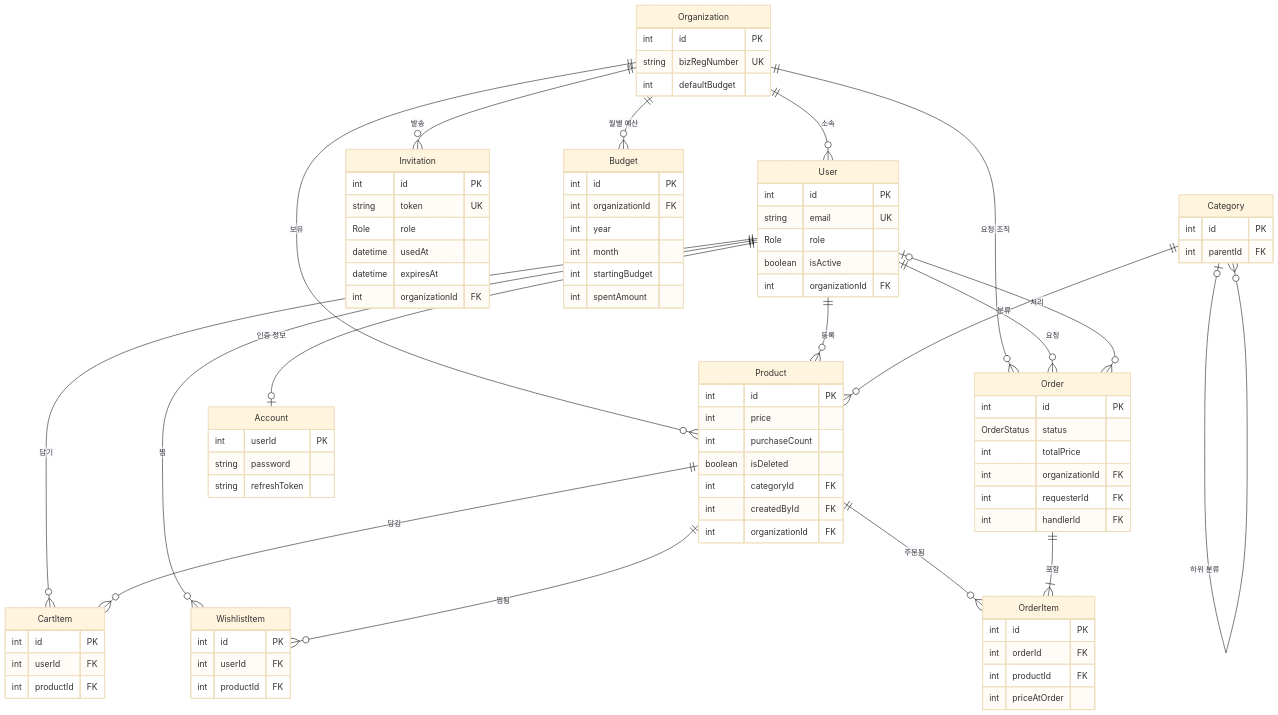
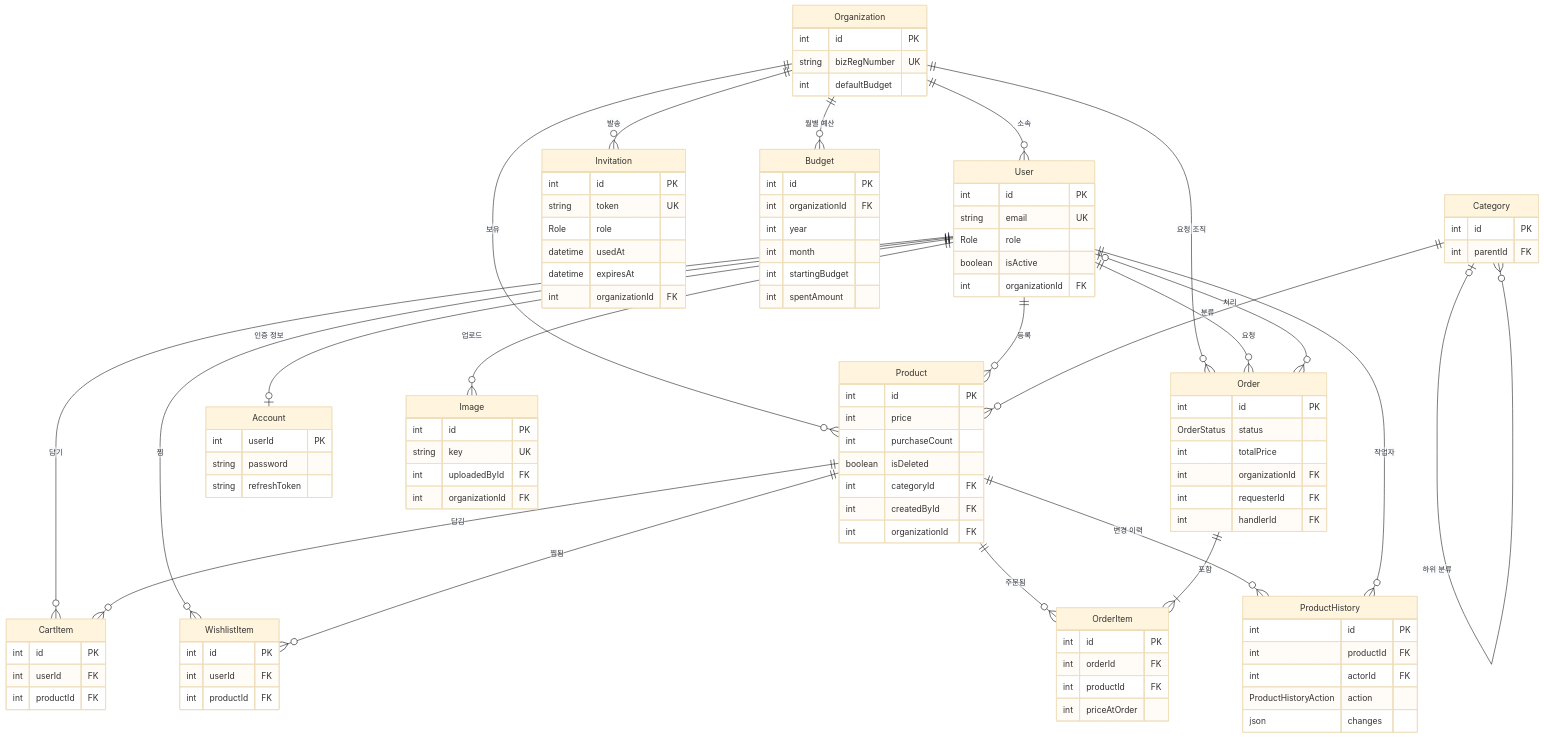
The fourth of 5 diagrams in README.md (seonghwi-ha/13-2-snack-be), drawn with Mermaid (base theme) before and after one commit. The commit also changed other lines of this file, not shown here.

```diff
--- a/README.md
+++ b/README.md
@@ -224,6 +466,9 @@
     Product ||--o{ WishlistItem : "찜됨"
     Product ||--o{ OrderItem : "주문됨"
     Order ||--|{ OrderItem : "포함"
+    User ||--o{ Image : "업로드"
+    Product ||--o{ ProductHistory : "변경 이력"
+    User ||--o{ ProductHistory : "작업자"
 
     Organization {
         int id PK
@@ -287,6 +532,19 @@
         int productId FK
         int priceAtOrder
     }
+    Image {
+        int id PK
+        string key UK
+        int uploadedById FK
+        int organizationId FK
+    }
+    ProductHistory {
+        int id PK
+        int productId FK
+        int actorId FK
+        ProductHistoryAction action
+        json changes
+    }
     Budget {
         int id PK
         int organizationId FK
```
